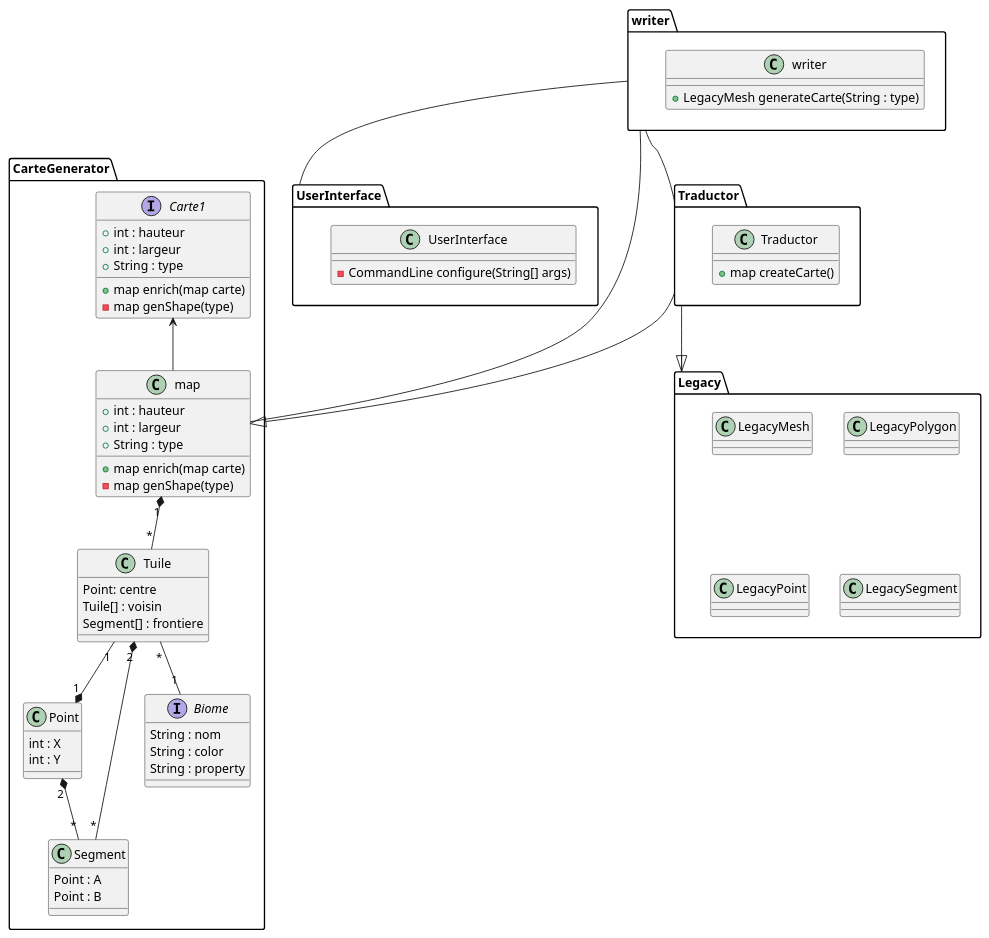
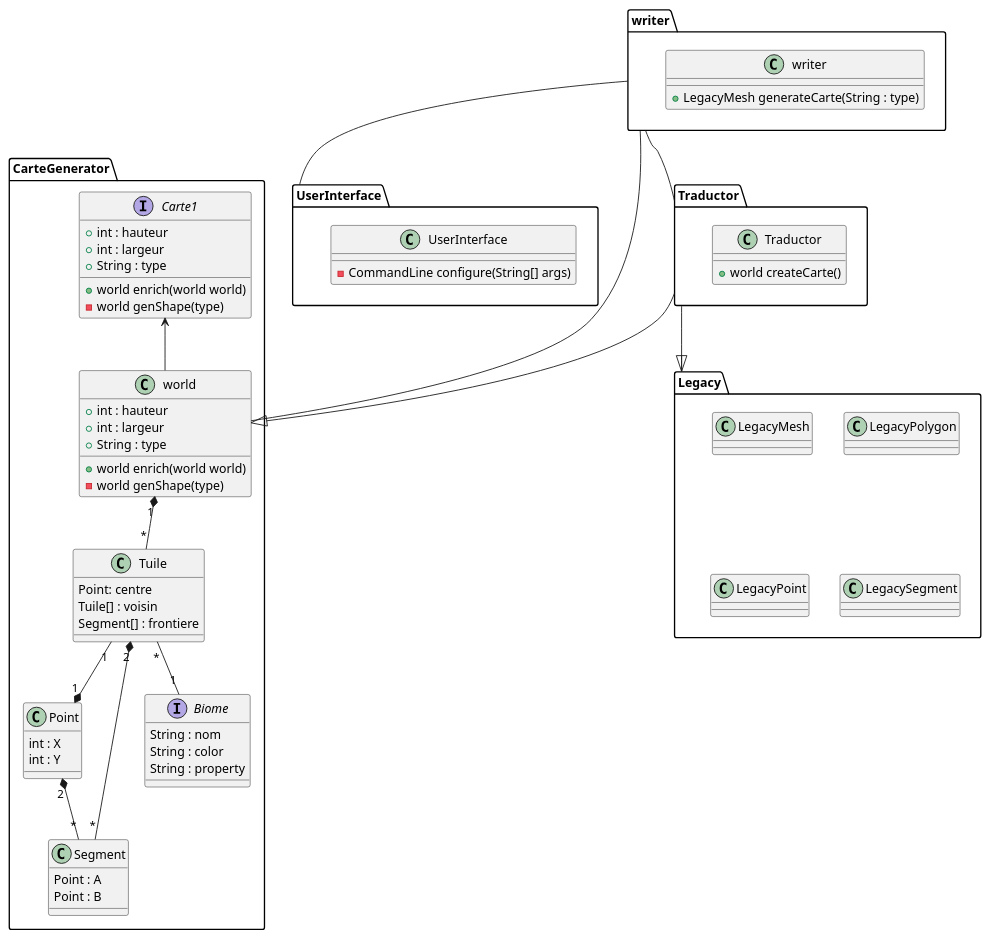
Before and after one commit to cryptoswarm/terrain-generator: the diagram in diagrame_de_class.puml, drawn with PlantUML. The commit also changed 16 other files, not shown here.

```diff
--- a/diagrame_de_class.puml
+++ b/diagrame_de_class.puml
@@ -1,76 +1,76 @@
 @startuml
 
 package UserInterface {
     class UserInterface {
         - CommandLine configure(String[] args)
     }
 }
 Package writer {
     class writer {
         + LegacyMesh generateCarte(String : type)
     }
 }
 Package Traductor {
     class Traductor{
-        + map createCarte()
+        + world createCarte()
     }
 }
 Package Legacy {
     class LegacyMesh
     class LegacyPolygon
     class LegacyPoint
     class LegacySegment
 
 }
 
 Package CarteGenerator {
      Interface Carte1 {
         + int : hauteur
         + int : largeur
         + String : type
-        + map enrich(map carte)
-        - map genShape(type)
+        + world enrich(world world)
+        - world genShape(type)
      }
 
-     class map {
+     class world {
          + int : hauteur
          + int : largeur
          + String : type
-         + map enrich(map carte)
-         - map genShape(type)
+         + world enrich(world world)
+         - world genShape(type)
 
      }
      class Tuile {
          Point: centre
          Tuile[] : voisin
          Segment[] : frontiere
      }
      class Point {
         int : X
         int : Y
      }
      class Segment {
         Point : A
         Point : B
      }
 
      Interface Biome {
         String : nom
         String : color
         String : property
      }
 }
 
-Carte1 <-- map
+Carte1 <-- world
 writer -- UserInterface
 writer -- Traductor
-writer -- map
+writer -- world
 Traductor --|> Legacy
-Traductor --|> map
-map "1" *-- "*" Tuile
+Traductor --|> world
+world "1" *-- "*" Tuile
 Tuile "*" -- "1" Biome
 Tuile "2" *-- "*" Segment
 Tuile "1" --* "1" Point
 Point "2" *-- "*" Segment
 
 @enduml
```
